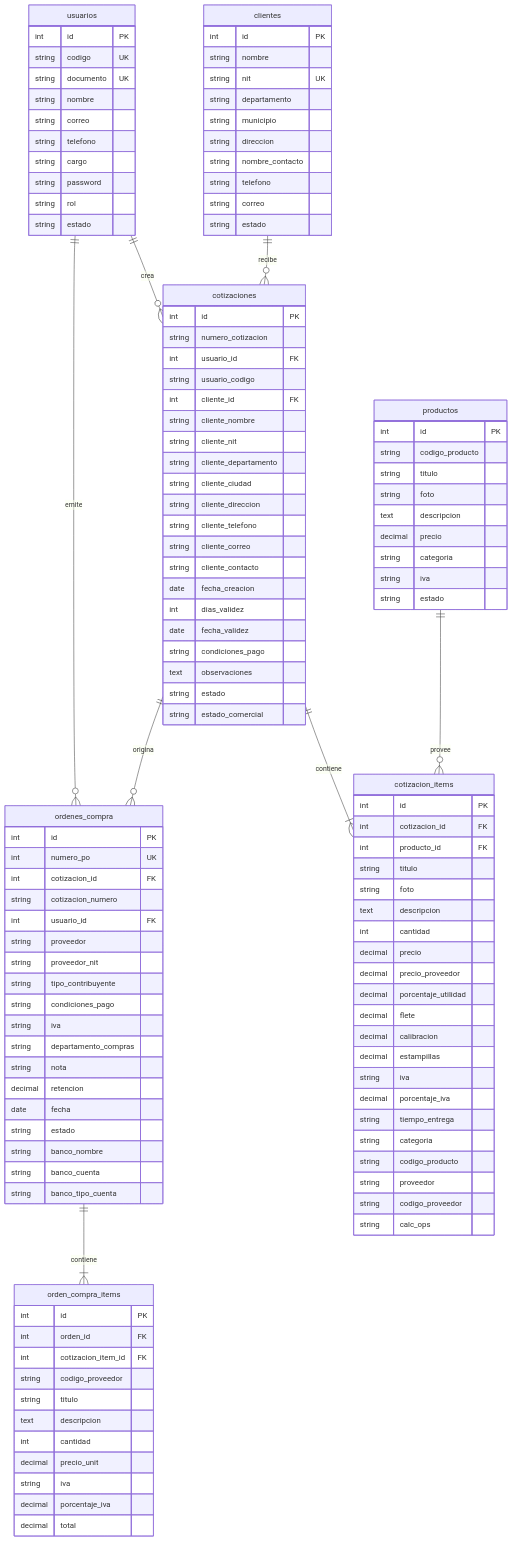
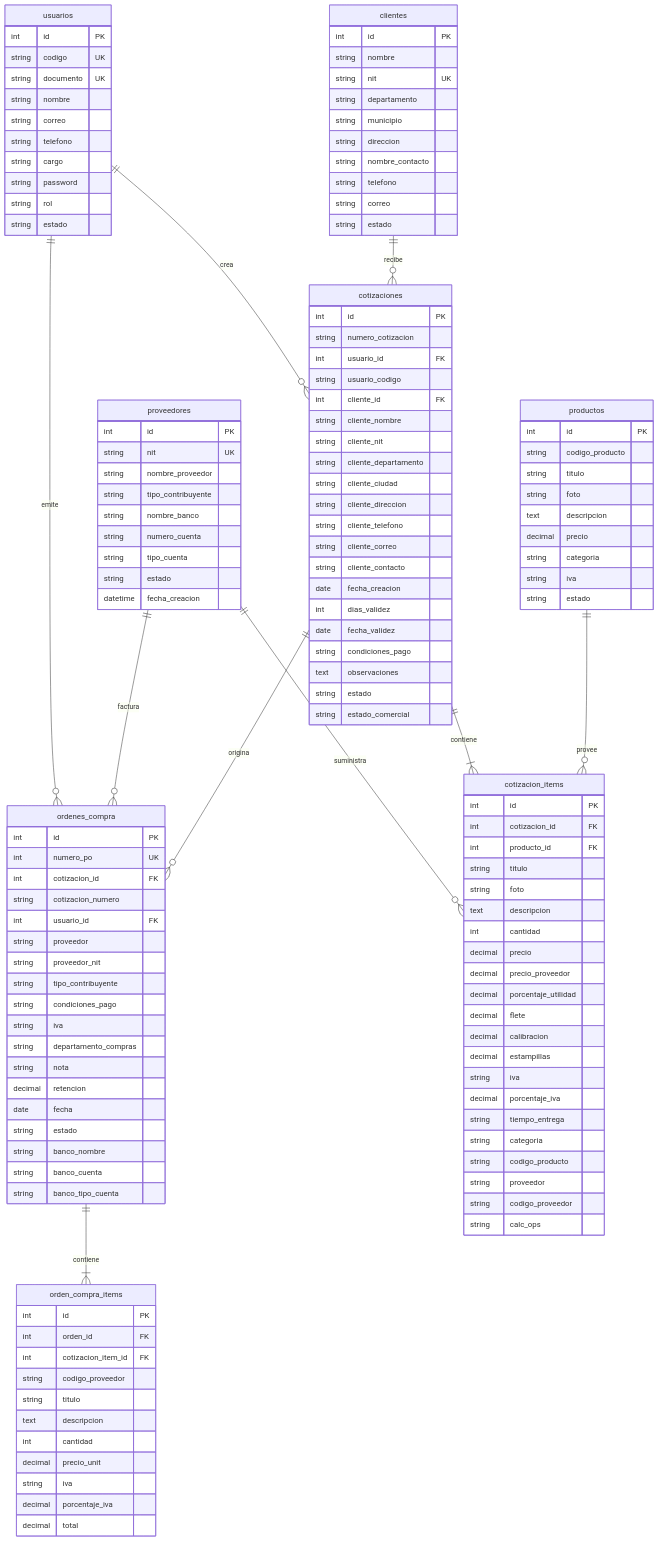
The second of 3 diagrams in docs/ARQUITECTURA_Y_COMPONENTES.md (Santiago072/SistemaImpobiomedical), drawn with Mermaid before and after one commit. The commit also changed other lines of this file and 33 other files, not shown here.

Commit message:
feat(proveedores): directorio oficial, seguridad, normalizacion nit, modularizacion css y v3.0.0

```diff
--- a/docs/ARQUITECTURA_Y_COMPONENTES.md
+++ b/docs/ARQUITECTURA_Y_COMPONENTES.md
@@ -255,10 +265,24 @@
     usuarios ||--o{ cotizaciones : crea
     usuarios ||--o{ ordenes_compra : emite
     clientes ||--o{ cotizaciones : recibe
+    proveedores ||--o{ cotizacion_items : suministra
+    proveedores ||--o{ ordenes_compra : factura
     cotizaciones ||--|{ cotizacion_items : contiene
     cotizaciones ||--o{ ordenes_compra : origina
     ordenes_compra ||--|{ orden_compra_items : contiene
     productos ||--o{ cotizacion_items : provee
+
+    proveedores {
+        int id PK
+        string nit UK
+        string nombre_proveedor
+        string tipo_contribuyente
+        string nombre_banco
+        string numero_cuenta
+        string tipo_cuenta
+        string estado
+        datetime fecha_creacion
+    }
 
     usuarios {
         int id PK
```
